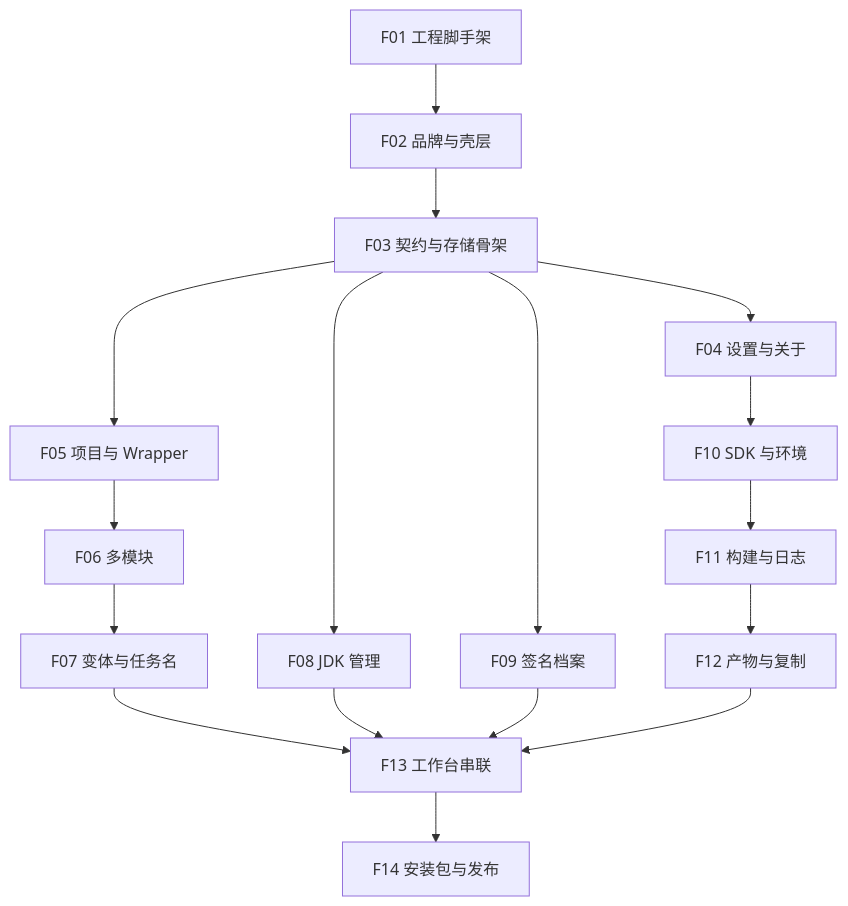
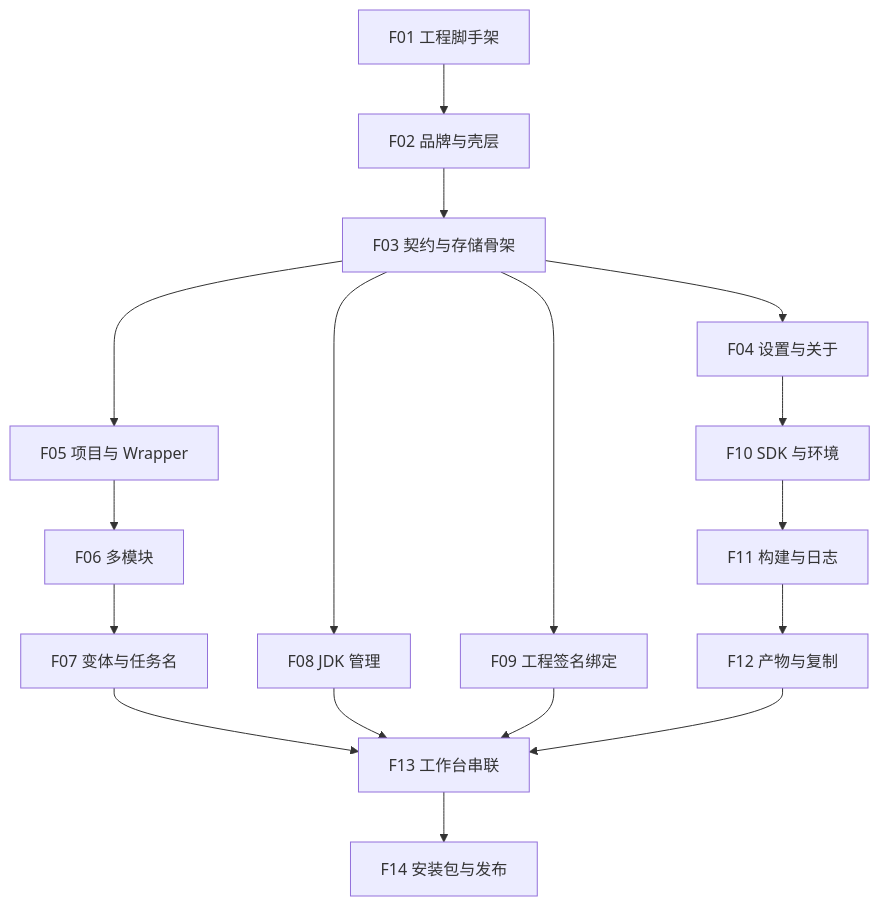
One commit to CongDuang/PackForge changed the diagram in features/README.md. Above: the diagram before and after it, drawn with Mermaid. The commit also changed other lines of this file and 20 other files, not shown here.

````diff
--- a/features/README.md
+++ b/features/README.md
@@ -37,26 +37,26 @@
 ```mermaid
 flowchart TD
   F01[F01 工程脚手架]
   F02[F02 品牌与壳层]
   F03[F03 契约与存储骨架]
   F04[F04 设置与关于]
   F05[F05 项目与 Wrapper]
   F06[F06 多模块]
   F07[F07 变体与任务名]
   F08[F08 JDK 管理]
-  F09[F09 签名档案]
+  F09[F09 工程签名绑定]
   F10[F10 SDK 与环境]
   F11[F11 构建与日志]
   F12[F12 产物与复制]
   F13[F13 工作台串联]
   F14[F14 安装包与发布]
   F01 --> F02 --> F03 --> F04
   F03 --> F05 --> F06 --> F07
   F03 --> F08
   F03 --> F09
   F04 --> F10
   F07 --> F13
   F08 --> F13
   F09 --> F13
   F10 --> F11 --> F12 --> F13 --> F14
 ```
````
